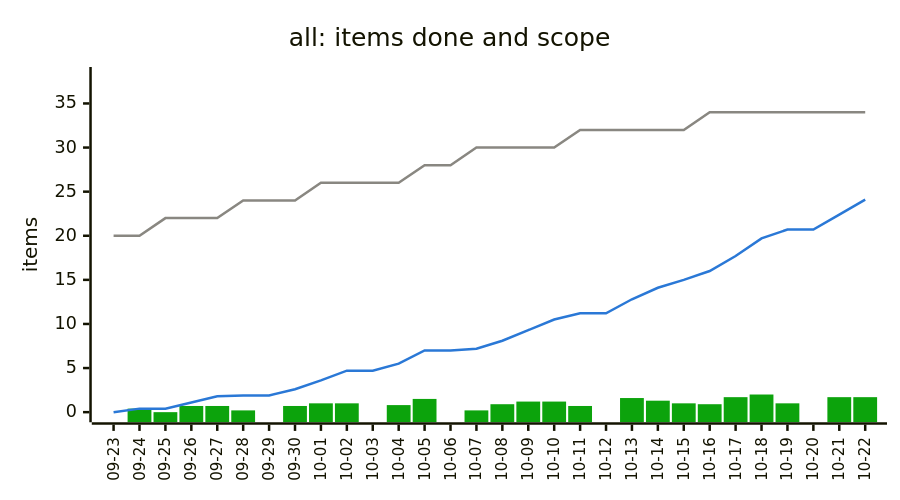
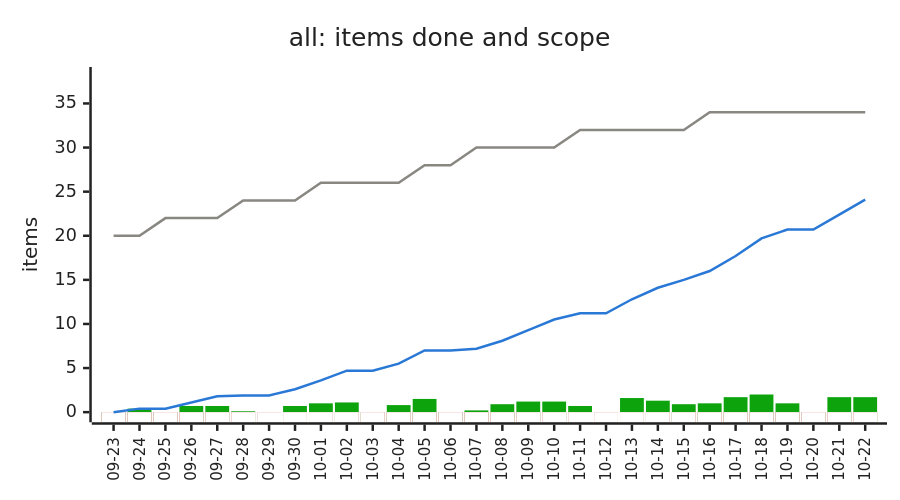
Before and after one commit to bvraghav/pmtrack: the second of 2 diagrams in examples/trend-sample.md, drawn with Mermaid. The commit also changed other lines of this file and 4 other files, not shown here.

Commit message:
Charts: bars start at 0 by masking with the background; losses drawn below 0; true values only

````diff
--- a/examples/trend-sample.md
+++ b/examples/trend-sample.md
@@ -38,10 +45,13 @@
 ```mermaid
-%%{init: {"themeVariables": {"xyChart": {"plotColorPalette": "#0ca30c,#898781,#2a78d6"}}, "xyChart": {"height": 380, "xAxis": {"labelRotation": -90, "labelFontSize": 12}}}}%%
+%%{init: {"themeVariables": {"xyChart": {"backgroundColor": "#ffffff", "titleColor": "#222222", "plotColorPalette": "#0ca30c,#ffffff,#d03b3b,#ffffff,#898781,#2a78d6", "xAxisLabelColor": "#222222", "xAxisTitleColor": "#222222", "xAxisTickColor": "#222222", "xAxisLineColor": "#222222", "yAxisLabelColor": "#222222", "yAxisTitleColor": "#222222", "yAxisTickColor": "#222222", "yAxisLineColor": "#222222"}}, "xyChart": {"height": 380, "xAxis": {"labelRotation": -90, "labelFontSize": 12}}}}%%
 xychart-beta
   title "all: items done and scope"
   x-axis ["09-23", "09-24", "09-25", "09-26", "09-27", "09-28", "09-29", "09-30", "10-01", "10-02", "10-03", "10-04", "10-05", "10-06", "10-07", "10-08", "10-09", "10-10", "10-11", "10-12", "10-13", "10-14", "10-15", "10-16", "10-17", "10-18", "10-19", "10-20", "10-21", "10-22"]
   y-axis "items" 0 --> 38
-  bar [-38, 0.4, 0, 0.7, 0.7, 0.2, -38, 0.7, 1, 1, -38, 0.8, 1.5, -38, 0.2, 0.9, 1.2, 1.2, 0.7, -38, 1.6, 1.3, 1, 0.9, 1.7, 2, 1, -38, 1.7, 1.7]
+  bar [0, 0.4, 0, 0.7, 0.7, 0.1, 0, 0.7, 1, 1.1, 0, 0.8, 1.5, 0, 0.2, 0.9, 1.2, 1.2, 0.7, 0, 1.6, 1.3, 0.9, 1, 1.7, 2, 1, 0, 1.7, 1.7]
+  bar [0, 0, 0, 0, 0, 0, 0, 0, 0, 0, 0, 0, 0, 0, 0, 0, 0, 0, 0, 0, 0, 0, 0, 0, 0, 0, 0, 0, 0, 0]
+  bar [0, 0, 0, 0, 0, 0, 0, 0, 0, 0, 0, 0, 0, 0, 0, 0, 0, 0, 0, 0, 0, 0, 0, 0, 0, 0, 0, 0, 0, 0]
+  bar [0, 0, 0, 0, 0, 0, 0, 0, 0, 0, 0, 0, 0, 0, 0, 0, 0, 0, 0, 0, 0, 0, 0, 0, 0, 0, 0, 0, 0, 0]
   line [20, 20, 22, 22, 22, 24, 24, 24, 26, 26, 26, 26, 28, 28, 30, 30, 30, 30, 32, 32, 32, 32, 32, 34, 34, 34, 34, 34, 34, 34]
   line [0, 0.4, 0.4, 1.1, 1.8, 1.9, 1.9, 2.6, 3.6, 4.7, 4.7, 5.5, 7, 7, 7.2, 8.1, 9.3, 10.5, 11.2, 11.2, 12.8, 14.1, 15, 16, 17.7, 19.7, 20.7, 20.7, 22.4, 24.1]
 ```
````
